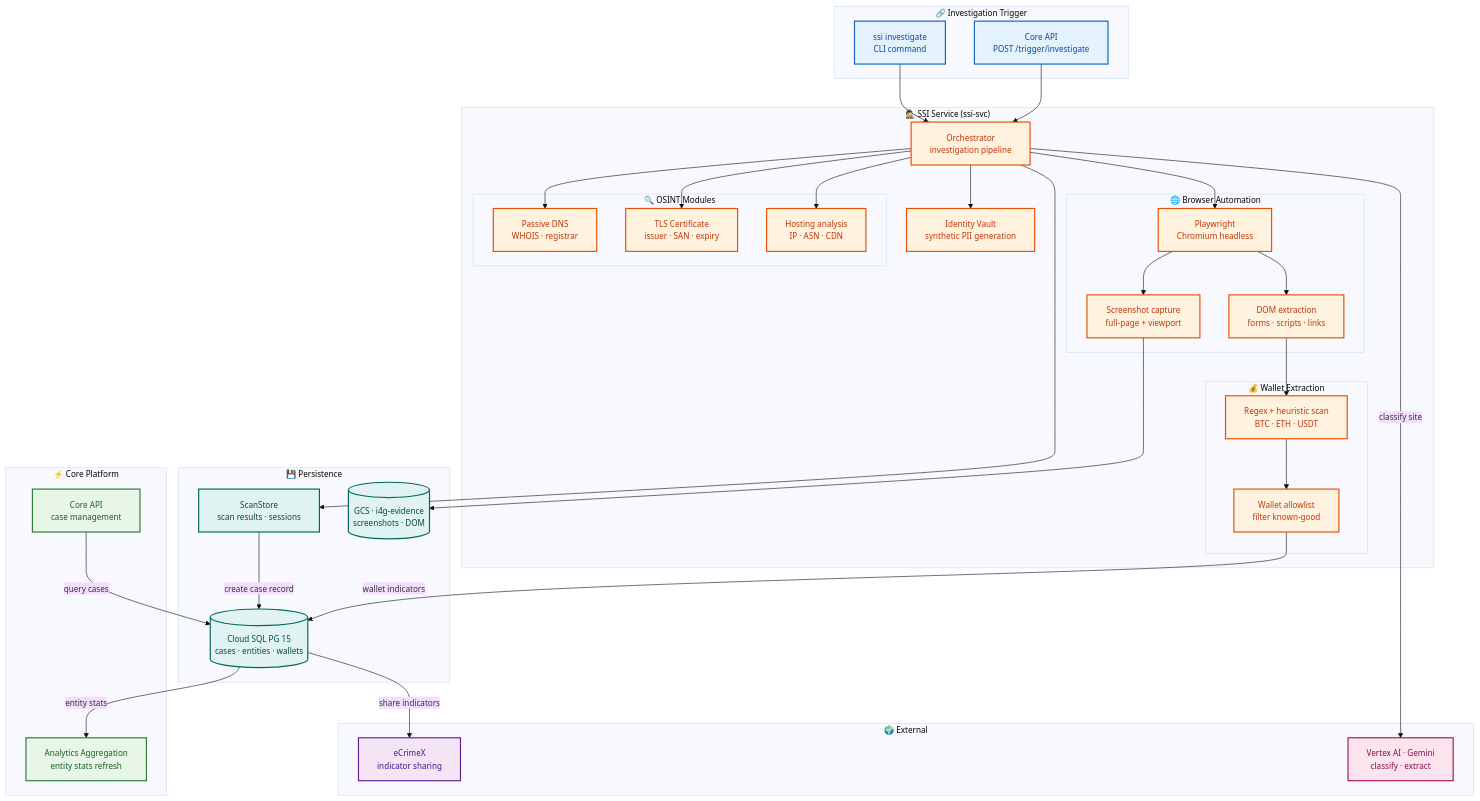
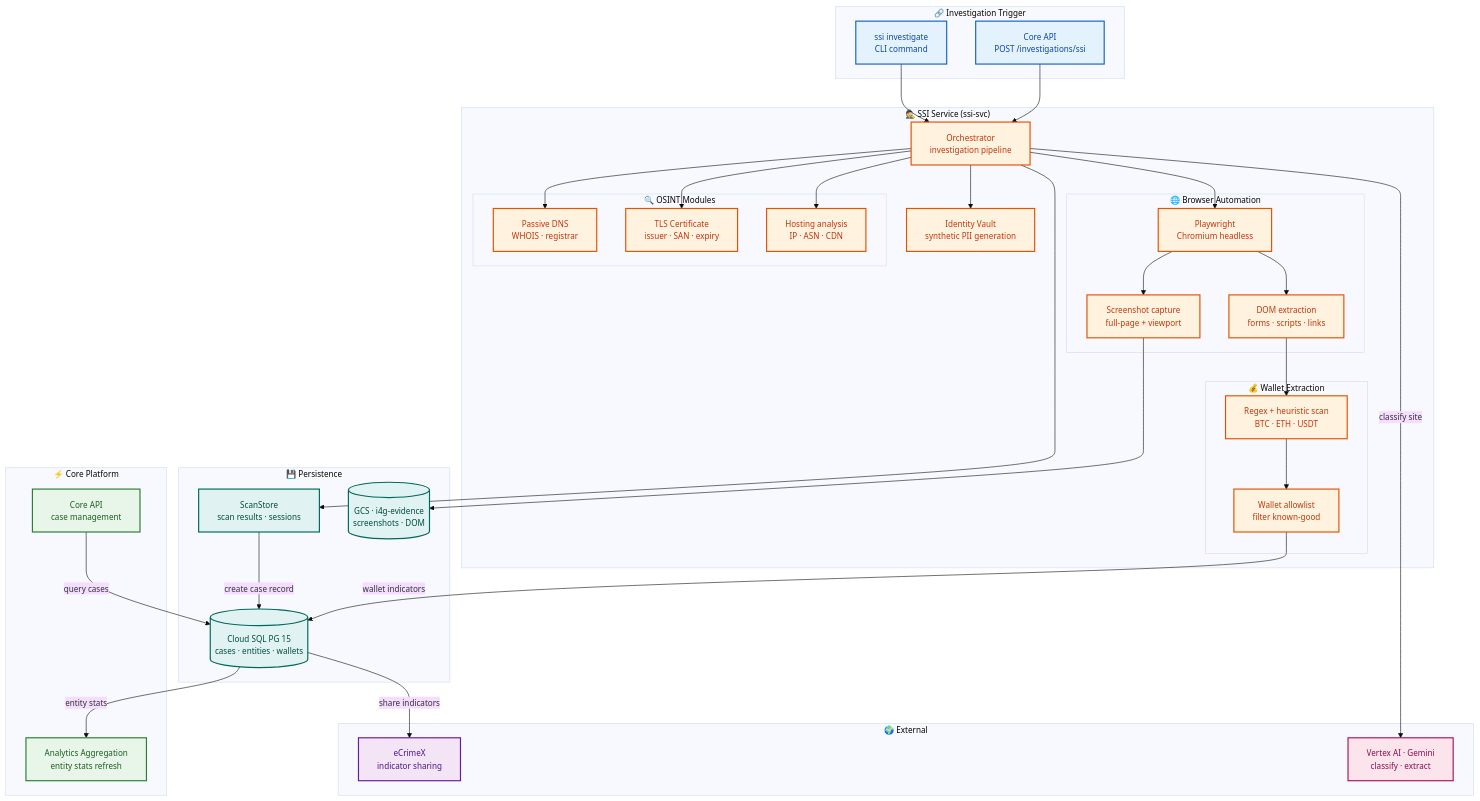
One commit to intelligenceforgood/docs changed the diagram in book/architecture/ssi-architecture.md. Above: the diagram before and after it, drawn with Mermaid. The commit also changed other lines of this file and 4 other files, not shown here.

````diff
--- a/book/architecture/ssi-architecture.md
+++ b/book/architecture/ssi-architecture.md
@@ -12,81 +12,81 @@
 ```mermaid
 %%{init: {'theme':'base', 'themeVariables': {'fontSize':'14px', 'fontFamily':'system-ui, sans-serif'}, 'flowchart': {'curve':'basis', 'padding':16}}}%%
 flowchart TB
     classDef trigger   fill:#e3f2fd,stroke:#1565c0,stroke-width:2px,color:#0d47a1
     classDef ssi       fill:#fff3e0,stroke:#e65100,stroke-width:2px,color:#bf360c
     classDef store     fill:#e0f2f1,stroke:#00695c,stroke-width:2px,color:#004d40
     classDef ai        fill:#fce4ec,stroke:#ad1457,stroke-width:2px,color:#880e4f
     classDef external  fill:#f3e5f5,stroke:#6a1b9a,stroke-width:2px,color:#4a148c
     classDef core      fill:#e8f5e9,stroke:#2e7d32,stroke-width:2px,color:#1b5e20
 
     subgraph Trigger["🔗 Investigation Trigger"]
         CLI["ssi investigate<br/>CLI command"]:::trigger
-        API["Core API<br/>POST /trigger/investigate"]:::trigger
+        API["Core API<br/>POST /investigations/ssi"]:::trigger
     end
 
     subgraph SSI["🕵️ SSI Service (ssi-svc)"]
         Orchestrator["Orchestrator<br/>investigation pipeline"]:::ssi
 
         subgraph Browser["🌐 Browser Automation"]
             Playwright["Playwright<br/>Chromium headless"]:::ssi
             Screenshots["Screenshot capture<br/>full-page + viewport"]:::ssi
             DOMExtract["DOM extraction<br/>forms · scripts · links"]:::ssi
         end
 
         subgraph OSINT["🔍 OSINT Modules"]
             DNS["Passive DNS<br/>WHOIS · registrar"]:::ssi
             TLS["TLS Certificate<br/>issuer · SAN · expiry"]:::ssi
             Hosting["Hosting analysis<br/>IP · ASN · CDN"]:::ssi
         end
 
         subgraph Wallets["💰 Wallet Extraction"]
             CryptoScan["Regex + heuristic scan<br/>BTC · ETH · USDT"]:::ssi
             Allowlist["Wallet allowlist<br/>filter known-good"]:::ssi
         end
 
         Identity["Identity Vault<br/>synthetic PII generation"]:::ssi
     end
 
     subgraph Storage["💾 Persistence"]
         ScanStore["ScanStore<br/>scan results · sessions"]:::store
         DB[("Cloud SQL PG 15<br/>cases · entities · wallets")]:::store
         Evidence[("GCS · i4g-evidence<br/>screenshots · DOM")]:::store
     end
 
     subgraph CorePlatform["⚡ Core Platform"]
         CoreAPI["Core API<br/>case management"]:::core
         Analytics["Analytics Aggregation<br/>entity stats refresh"]:::core
     end
 
     subgraph External["🌍 External"]
         ECX["eCrimeX<br/>indicator sharing"]:::external
         Gemini["Vertex AI · Gemini<br/>classify · extract"]:::ai
     end
 
     CLI --> Orchestrator
     API --> Orchestrator
 
     Orchestrator --> Playwright
     Playwright --> Screenshots
     Playwright --> DOMExtract
 
     Orchestrator --> DNS
     Orchestrator --> TLS
     Orchestrator --> Hosting
 
     DOMExtract --> CryptoScan
     CryptoScan --> Allowlist
 
     Orchestrator --> Identity
 
     Orchestrator --> ScanStore
     ScanStore -- "create case record" --> DB
     Screenshots --> Evidence
     Allowlist -- "wallet indicators" --> DB
 
     Orchestrator -- "classify site" --> Gemini
 
     DB -- "entity stats" --> Analytics
     DB -- "share indicators" --> ECX
     CoreAPI -- "query cases" --> DB
 ```
````
